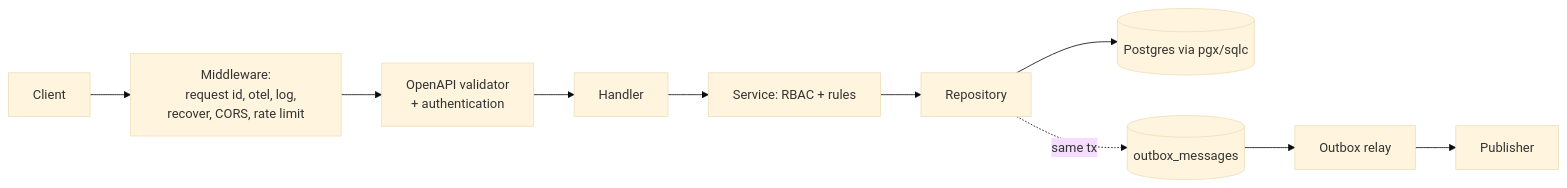
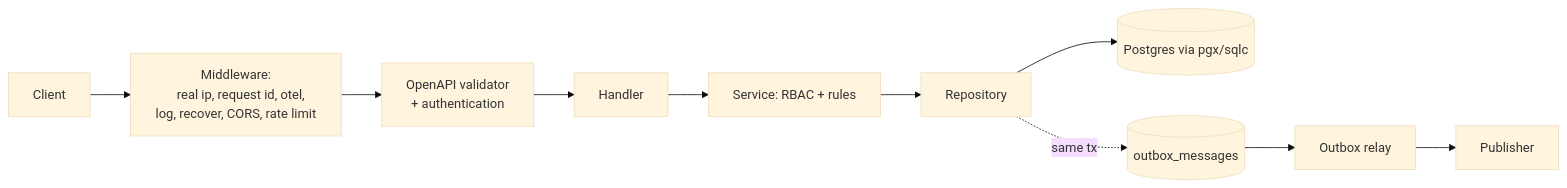
Before and after one commit to y0f/go-api-scaffolding: the diagram in docs/architecture.md, drawn with Mermaid (base theme). The commit also changed 11 other files, not shown here.

````diff
--- a/docs/architecture.md
+++ b/docs/architecture.md
@@ -35,15 +35,15 @@
 ```mermaid
 flowchart LR
     client[Client] --> mw[Middleware:
-    request id, otel, log, recover, CORS, rate limit]
+    real ip, request id, otel, log, recover, CORS, rate limit]
     mw --> val[OpenAPI validator
     + authentication]
     val --> h[Handler]
     h --> svc[Service: RBAC + rules]
     svc --> repo[Repository]
     repo --> pg[(Postgres via pgx/sqlc)]
     %% forge:begin outbox
     repo -. same tx .-> ob[(outbox_messages)]
     ob --> relay[Outbox relay] --> pub[Publisher]
     %% forge:end outbox
 ```
````
